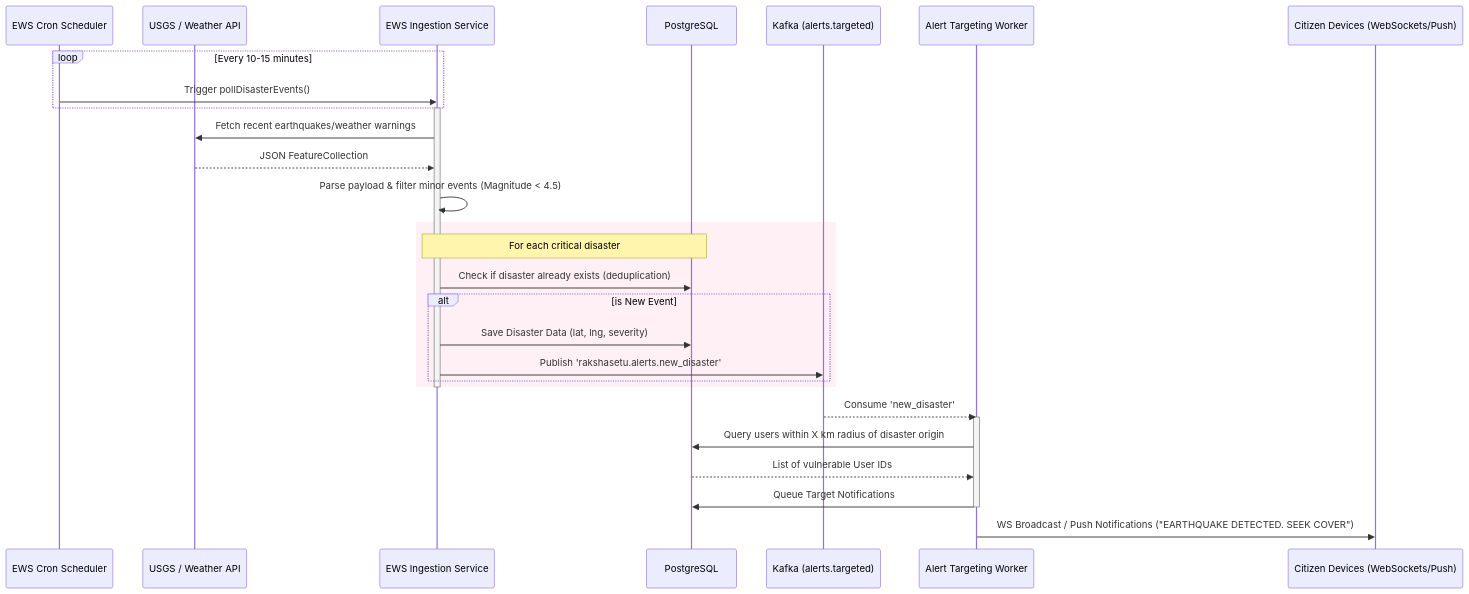
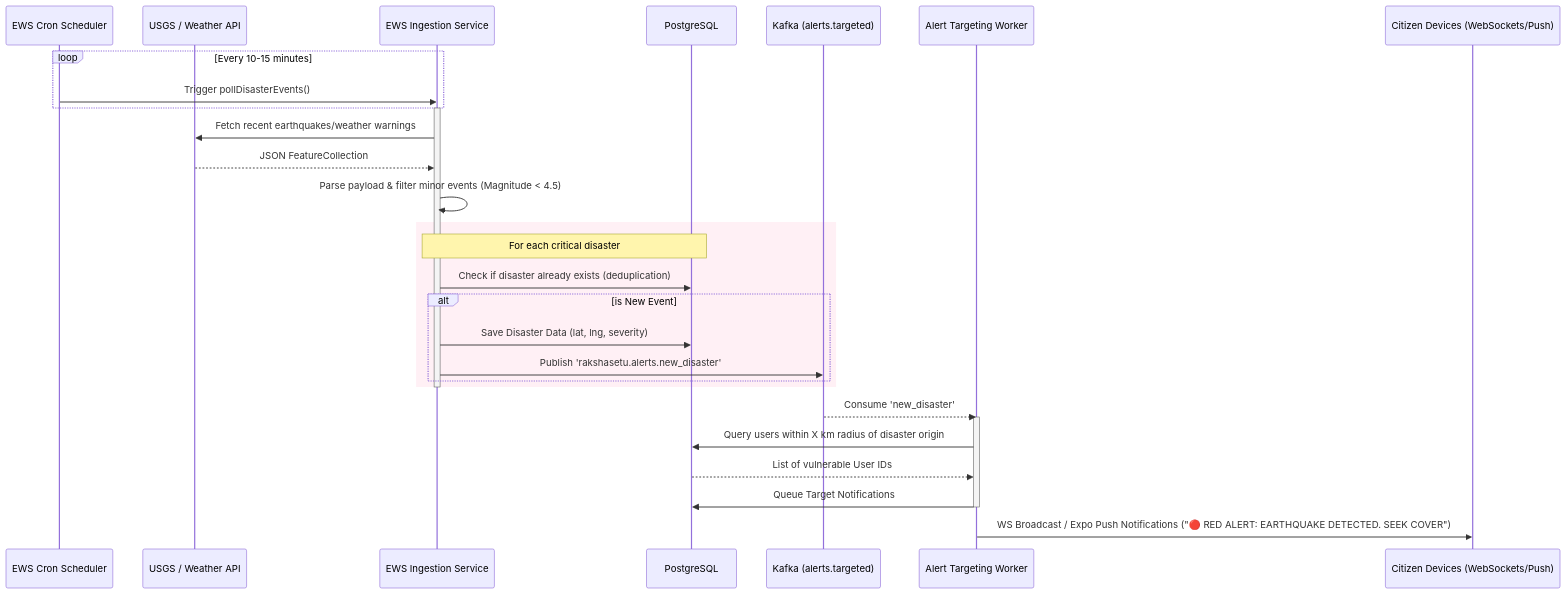
The third of 4 diagrams in docs/diagrams.md (neutron420/RakshaSetu), drawn with Mermaid before and after one commit. The commit also changed 2 other files, not shown here.

Commit message:
docs: Add initial project documentation including project overview, architecture diagrams, and microservices details.

````diff
--- a/docs/diagrams.md
+++ b/docs/diagrams.md
@@ -125,39 +125,39 @@
 ```mermaid
 sequenceDiagram
     participant Cron as EWS Cron Scheduler
     participant External as USGS / Weather API
     participant BE as EWS Ingestion Service
     participant DB as PostgreSQL
     participant Kafka as Kafka (alerts.targeted)
     participant TargetWorker as Alert Targeting Worker
     participant Citizens as Citizen Devices (WebSockets/Push)
 
     loop Every 10-15 minutes
         Cron->>BE: Trigger pollDisasterEvents()
     end
     
     activate BE
     BE->>External: Fetch recent earthquakes/weather warnings
     External-->>BE: JSON FeatureCollection
     
     BE->>BE: Parse payload & filter minor events (Magnitude < 4.5)
     
     rect rgb(255, 240, 245)
         Note over BE,DB: For each critical disaster
         BE->>DB: Check if disaster already exists (deduplication)
         alt is New Event
             BE->>DB: Save Disaster Data (lat, lng, severity)
             BE->>Kafka: Publish 'rakshasetu.alerts.new_disaster'
         end
     end
     deactivate BE
     
     Kafka-->>TargetWorker: Consume 'new_disaster'
     activate TargetWorker
     TargetWorker->>DB: Query users within X km radius of disaster origin
     DB-->>TargetWorker: List of vulnerable User IDs
     TargetWorker->>DB: Queue Target Notifications
     deactivate TargetWorker
     
-    TargetWorker->>Citizens: WS Broadcast / Push Notifications ("EARTHQUAKE DETECTED. SEEK COVER")
+    TargetWorker->>Citizens: WS Broadcast / Expo Push Notifications ("🔴 RED ALERT: EARTHQUAKE DETECTED. SEEK COVER")
 ```
````
